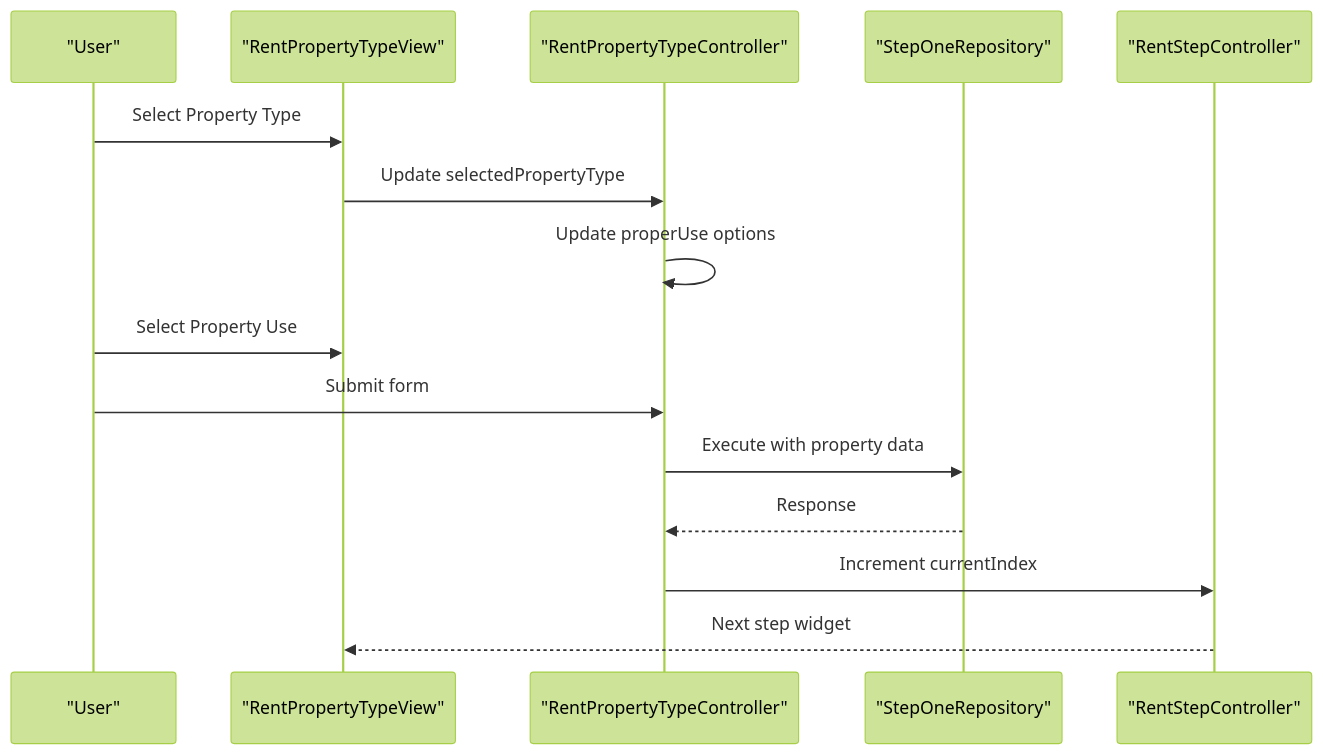
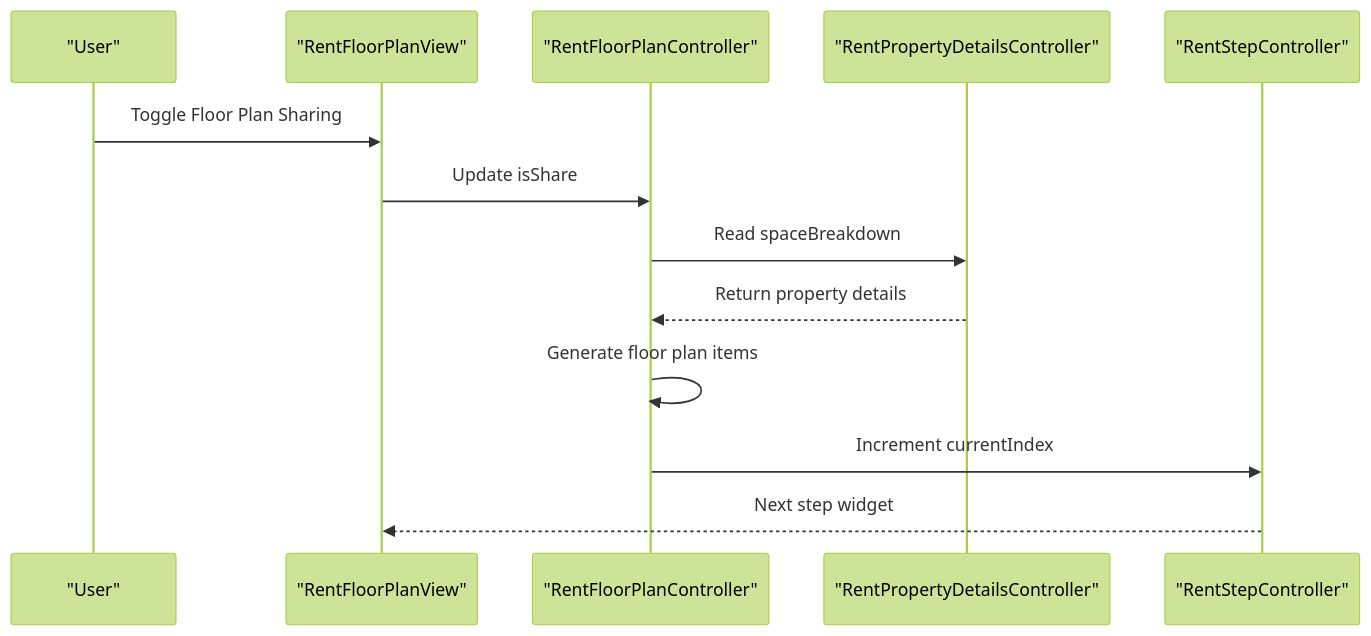
One commit to Ariful3111/FurniGo changed the second of 8 diagrams in .qoder/repowiki/en/content/Core Features/Business Services/Rent Furniture System.md. Above: the diagram before and after it, drawn with Mermaid (forest theme). The commit also changed other lines of this file and 11 other files, not shown here.

````diff
--- a/.qoder/repowiki/en/content/Core Features/Business Services/Rent Furniture System.md
+++ b/.qoder/repowiki/en/content/Core Features/Business Services/Rent Furniture System.md
@@ -149,17 +185,15 @@
 ```mermaid
 sequenceDiagram
 participant User as "User"
-participant View as "RentPropertyTypeView"
-participant PropertyTypeController as "RentPropertyTypeController"
-participant StepOneRepo as "StepOneRepository"
+participant View as "RentFloorPlanView"
+participant FloorPlanController as "RentFloorPlanController"
+participant PropertyController as "RentPropertyDetailsController"
 participant StepController as "RentStepController"
-User->>View : Select Property Type
-View->>PropertyTypeController : Update selectedPropertyType
-PropertyTypeController->>PropertyTypeController : Update properUse options
-User->>View : Select Property Use
-User->>PropertyTypeController : Submit form
-PropertyTypeController->>StepOneRepo : Execute with property data
-StepOneRepo-->>PropertyTypeController : Response
-PropertyTypeController->>StepController : Increment currentIndex
+User->>View : Toggle Floor Plan Sharing
+View->>FloorPlanController : Update isShare
+FloorPlanController->>PropertyController : Read spaceBreakdown
+PropertyController-->>FloorPlanController : Return property details
+FloorPlanController->>FloorPlanController : Generate floor plan items
+FloorPlanController->>StepController : Increment currentIndex
 StepController-->>View : Next step widget
 ```
````
